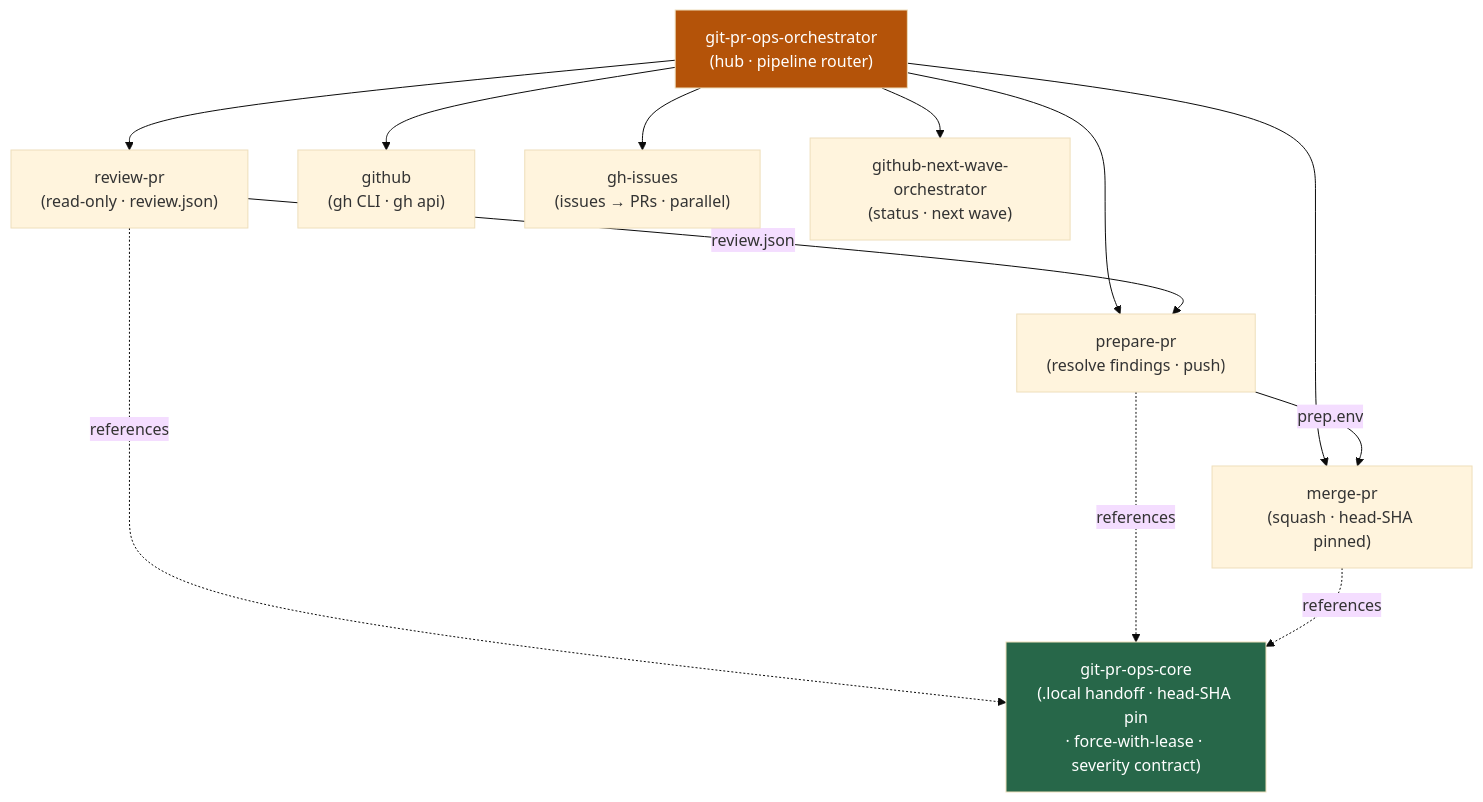
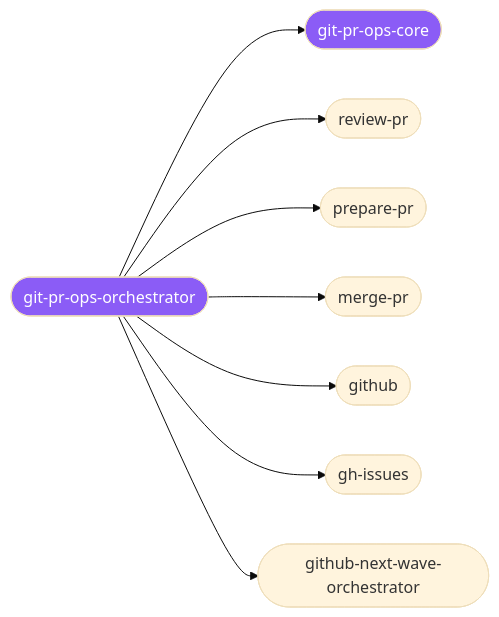
One commit to Sheshiyer/skill-clusters changed the diagram in clusters/git-pr-ops/README.md. Above: the diagram before and after it, drawn with Mermaid (base theme). The commit also changed other lines of this file and 44 other files, not shown here.

````diff
--- a/clusters/git-pr-ops/README.md
+++ b/clusters/git-pr-ops/README.md
@@ -30,20 +18,11 @@
 ```mermaid
-graph TD
-    O["git-pr-ops-orchestrator<br/>(hub · pipeline router)"]
-    O --> REV["review-pr<br/>(read-only · review.json)"]
-    O --> PREP["prepare-pr<br/>(resolve findings · push)"]
-    O --> MRG["merge-pr<br/>(squash · head-SHA pinned)"]
-    O --> GH["github<br/>(gh CLI · gh api)"]
-    O --> ISS["gh-issues<br/>(issues → PRs · parallel)"]
-    O --> NW["github-next-wave-orchestrator<br/>(status · next wave)"]
-
-    REV -- "review.json" --> PREP
-    PREP -- "prep.env" --> MRG
-
-    REV -. references .-> C["git-pr-ops-core<br/>(.local handoff · head-SHA pin<br/>· force-with-lease · severity contract)"]
-    PREP -. references .-> C
-    MRG -. references .-> C
-
-    style O fill:#b45309,color:#fff
-    style C fill:#276749,color:#fff
+graph LR
+  o([git-pr-ops-orchestrator]):::hub --> c([git-pr-ops-core]):::hub
+  o --> s1([review-pr])
+  o --> s2([prepare-pr])
+  o --> s3([merge-pr])
+  o --> s4([github])
+  o --> s5([gh-issues])
+  o --> s6([github-next-wave-orchestrator])
+  classDef hub fill:#8b5cf6,color:#fff;
 ```
````
